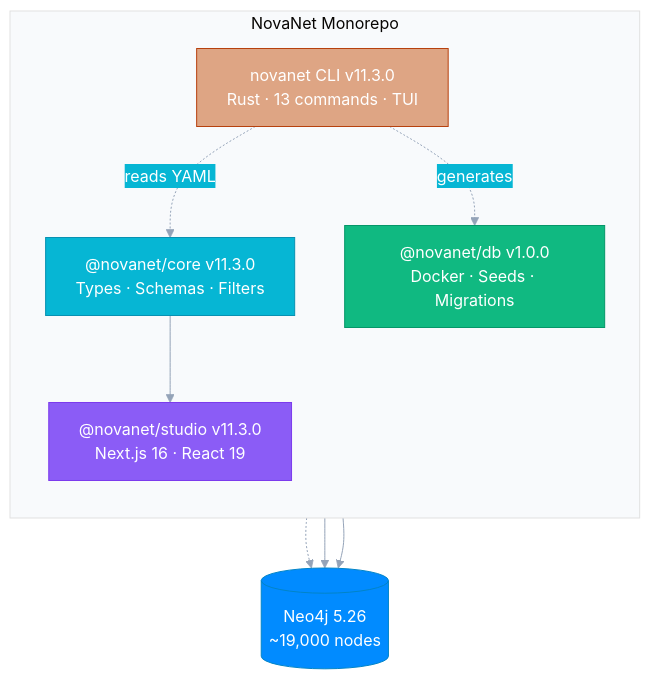
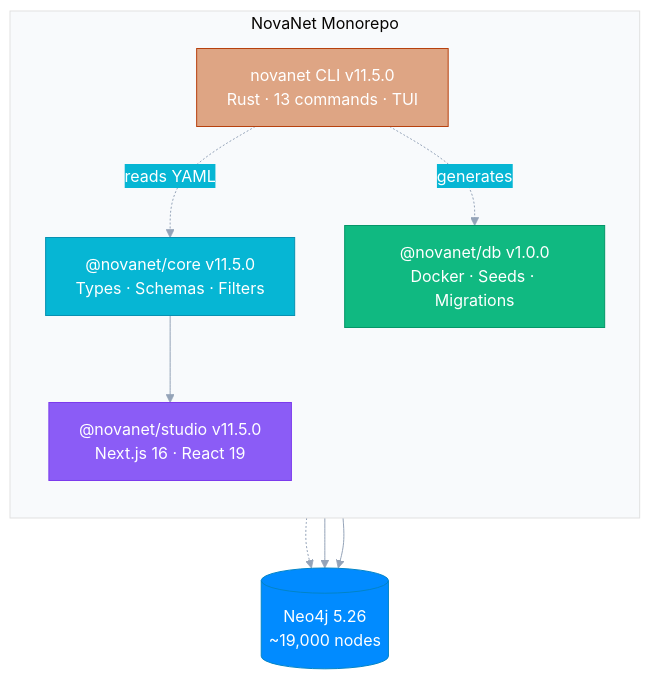
The diagram in README.md (supernovae-st/novanet), drawn with Mermaid before and after one commit. The commit also changed other lines of this file and 55 other files, not shown here.

First line of the commit message:
feat(schema): v11.5 SEO/GEO Knowledge Atoms migration

````diff
--- a/README.md
+++ b/README.md
@@ -45,33 +46,33 @@
 ```mermaid
 %%{init: {'theme': 'base', 'themeVariables': {
   'primaryColor': '#6366f1',
   'primaryTextColor': '#fff',
   'primaryBorderColor': '#4f46e5',
   'lineColor': '#94a3b8',
   'secondaryColor': '#06b6d4',
   'tertiaryColor': '#f8fafc'
 }}}%%
 flowchart TB
     subgraph MONO["NovaNet Monorepo"]
         direction TB
-        CORE["@novanet/core v11.3.0\nTypes · Schemas · Filters"]
+        CORE["@novanet/core v11.5.0\nTypes · Schemas · Filters"]
         DB["@novanet/db v1.0.0\nDocker · Seeds · Migrations"]
-        STUDIO["@novanet/studio v11.3.0\nNext.js 16 · React 19"]
-        RUST["novanet CLI v11.3.0\nRust · 13 commands · TUI"]
+        STUDIO["@novanet/studio v11.5.0\nNext.js 16 · React 19"]
+        RUST["novanet CLI v11.5.0\nRust · 13 commands · TUI"]
     end
 
     CORE --> STUDIO
     RUST -.->|reads YAML| CORE
     RUST -.->|generates| DB
 
     NEO4J[("Neo4j 5.26\n~19,000 nodes")]
     DB -.-> NEO4J
     STUDIO --> NEO4J
     RUST --> NEO4J
 
     style CORE fill:#06b6d4,stroke:#0891b2,color:#fff
     style DB fill:#10b981,stroke:#059669,color:#fff
     style STUDIO fill:#8b5cf6,stroke:#7c3aed,color:#fff
     style RUST fill:#DEA584,stroke:#B7410E,color:#fff
     style NEO4J fill:#018bff,stroke:#0284c7,color:#fff
 ```
````
